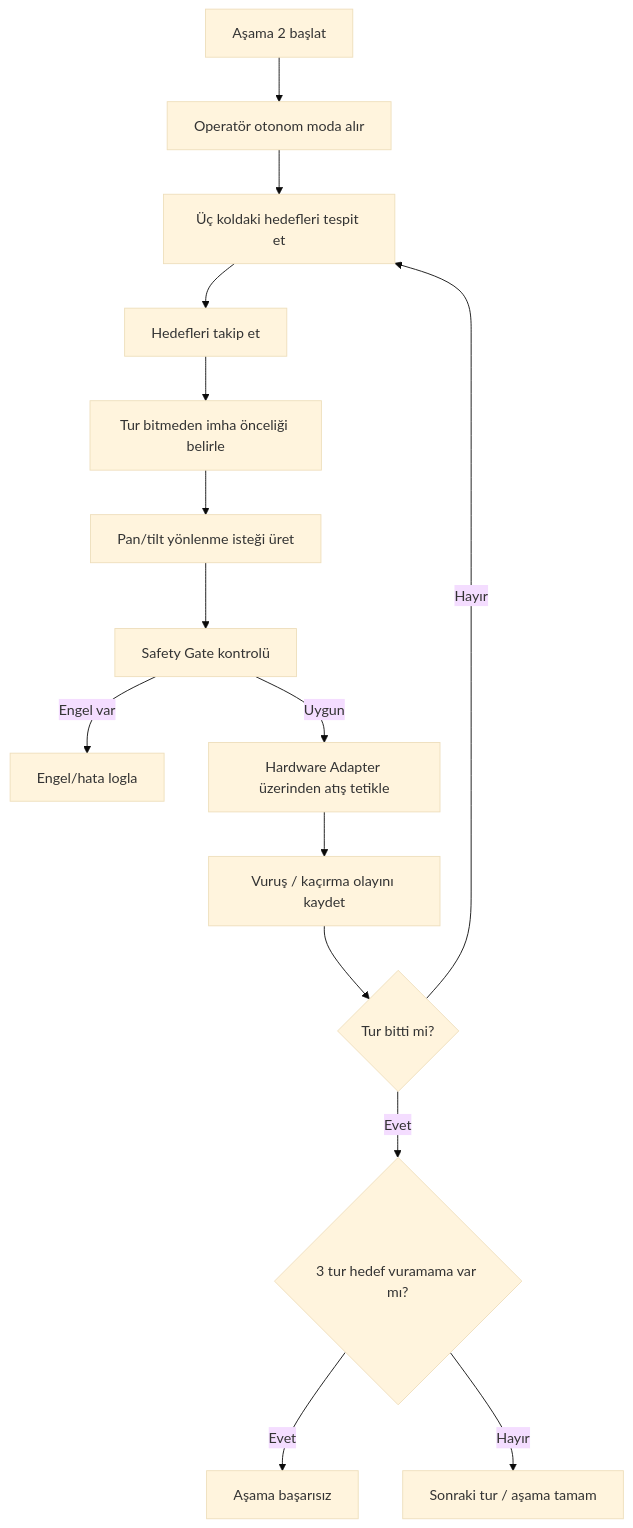
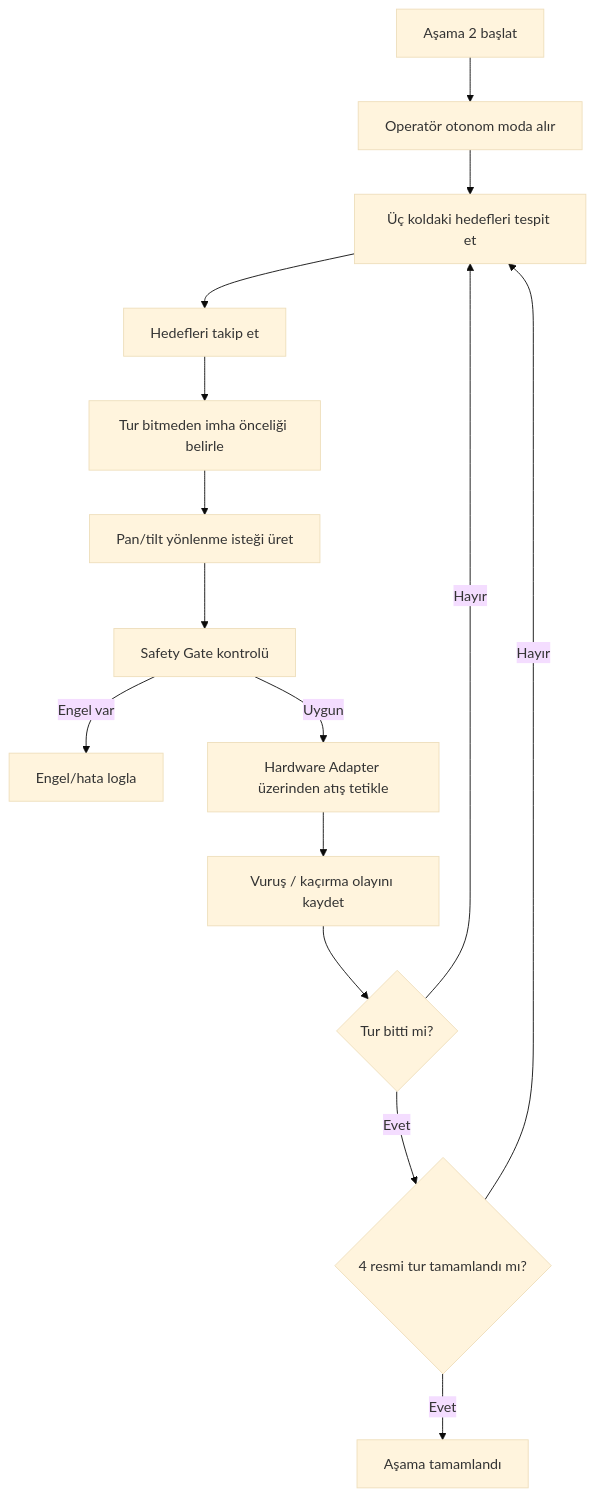
Before and after one commit to AlperKartkaya/gokkalkan: the seventh of 11 diagrams in reports/diyagramlar/mermaid_kodu/ktr_mermaid_diagrams.md, drawn with Mermaid (base theme). The commit also changed 36 other files, not shown here.

````diff
--- a/reports/diyagramlar/mermaid_kodu/ktr_mermaid_diagrams.md
+++ b/reports/diyagramlar/mermaid_kodu/ktr_mermaid_diagrams.md
@@ -131,17 +131,17 @@
 ```mermaid
 flowchart TD
     Start["Aşama 2 başlat"] --> Auto["Operatör otonom moda alır"]
     Auto --> Detect["Üç koldaki hedefleri tespit et"]
     Detect --> Track["Hedefleri takip et"]
     Track --> Priority["Tur bitmeden imha önceliği belirle"]
     Priority --> Aim["Pan/tilt yönlenme isteği üret"]
     Aim --> Safety["Safety Gate kontrolü"]
     Safety -->|Engel var| LogBlock["Engel/hata logla"]
     Safety -->|Uygun| Fire["Hardware Adapter üzerinden atış tetikle"]
     Fire --> Result["Vuruş / kaçırma olayını kaydet"]
     Result --> Round{"Tur bitti mi?"}
     Round -->|Hayır| Detect
-    Round -->|Evet| Fail{"3 tur hedef vuramama var mı?"}
-    Fail -->|Evet| Stop["Aşama başarısız"]
-    Fail -->|Hayır| Done["Sonraki tur / aşama tamam"]
+    Round -->|Evet| Complete{"4 resmi tur tamamlandı mı?"}
+    Complete -->|Evet| Done["Aşama tamamlandı"]
+    Complete -->|Hayır| Detect
 ```
````
